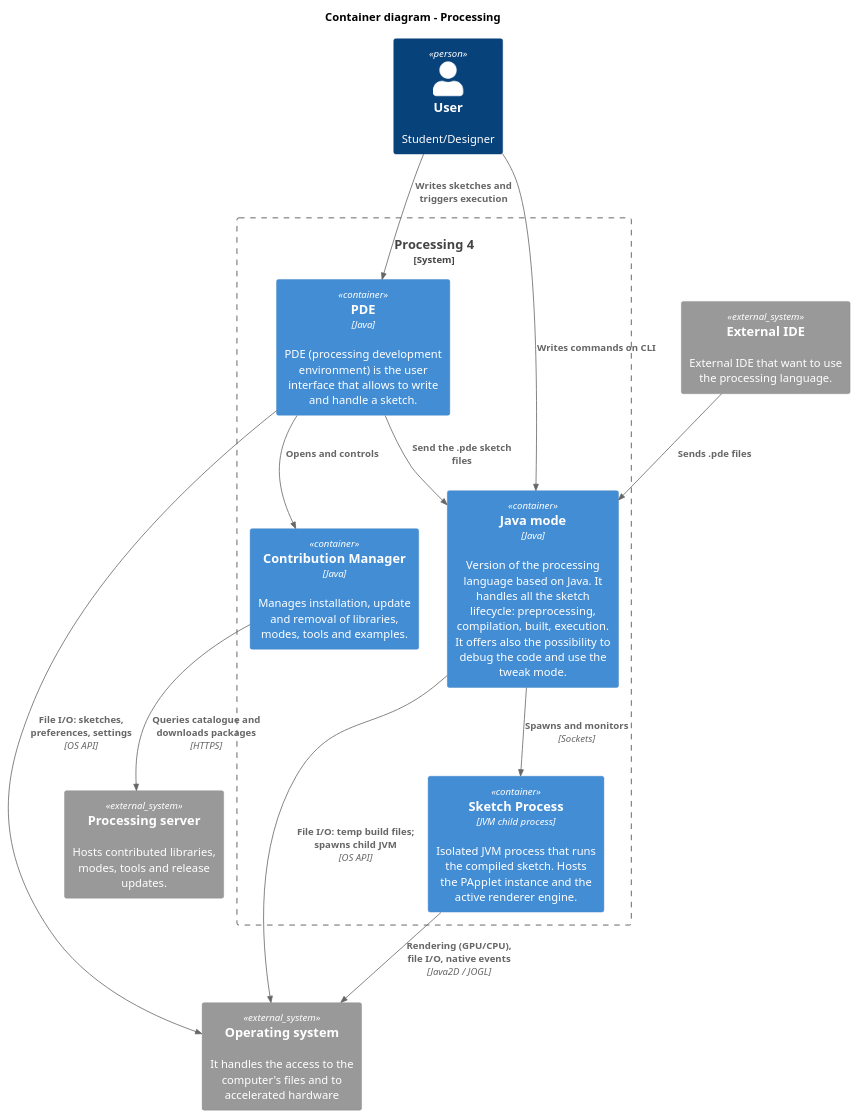
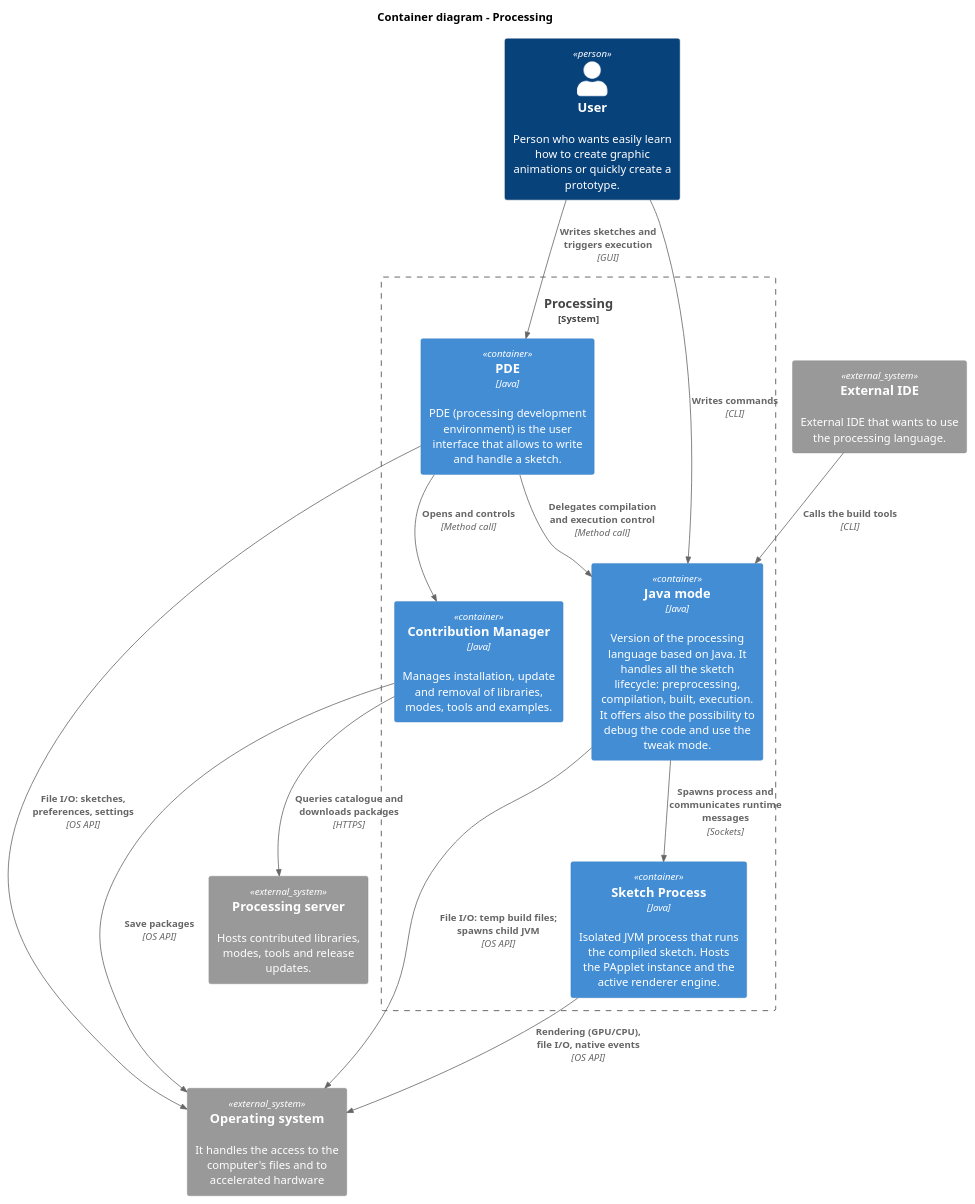
Before and after one commit to SDA2026-Group09/Project: the diagram in diagrams/container_diagram.puml, drawn with PlantUML. The commit also changed 4 other files, not shown here.

Commit message:
Remove inconsistency between diagrams

```diff
--- a/diagrams/container_diagram.puml
+++ b/diagrams/container_diagram.puml
@@ -1,45 +1,46 @@
 @startuml C4_container
 !include <C4/C4_Container>
 
 title Container diagram - Processing
 
-Person(user, "User", "Student/Designer")
+/' Persons '/
+Person(user, "User", "Person who wants easily learn how to create graphic animations or quickly create a prototype.")
 
-System_Boundary(processing4, "Processing 4"){
+/' Containers '/
+System_Boundary(processing4, "Processing"){
     Container(pde, "PDE", "Java", "PDE (processing development environment) is the user interface that allows to write and handle a sketch.")
     Container(java_mode, "Java mode", "Java", "Version of the processing language based on Java. It handles all the sketch lifecycle: preprocessing, compilation, built, execution. It offers also the possibility to debug the code and use the tweak mode.")
-    'Container(core, "Processing core", "Java", "Fundamental processing core that expose the PApplet base class and the drawing APIs invoked by the sketches.")
-    Container(sketch_process, "Sketch Process", "JVM child process", "Isolated JVM process that runs the compiled sketch. Hosts the PApplet instance and the active renderer engine.")
+    Container(sketch_process, "Sketch Process", "Java", "Isolated JVM process that runs the compiled sketch. Hosts the PApplet instance and the active renderer engine.")
     Container(contribution_manager, "Contribution Manager", "Java", "Manages installation, update and removal of libraries, modes, tools and examples.")
 }
 
-'System_Ext(embedded_hardware, "Embedded hardware", "Embedded hardware (like Raspberry and Arduino) that sends or receives data to process. It can display the sketches.")
+/' External systems '/ 
 System_Ext(os, "Operating system", "It handles the access to the computer's files and to accelerated hardware")
 System_Ext(processing_server, "Processing server", "Hosts contributed libraries, modes, tools and release updates.")
-System_Ext(external_ide, "External IDE", "External IDE that want to use the processing language.")
+System_Ext(external_ide, "External IDE", "External IDE that wants to use the processing language.")
 
 /' User relationships '/
-Rel(user, pde, "Writes sketches and triggers execution")
-Rel(user, java_mode, "Writes commands on CLI")
+Rel(user, pde, "Writes sketches and triggers execution", "GUI")
+Rel(user, java_mode, "Writes commands", "CLI")
 
 /' PDE relationship '/ 
-Rel(pde, java_mode, "Send the .pde sketch files")
+Rel(pde, java_mode, "Delegates compilation and execution control", "Method call")
 Rel(pde, os, "File I/O: sketches, preferences, settings", "OS API")
-Rel(pde, contribution_manager, "Opens and controls")
+Rel(pde, contribution_manager, "Opens and controls", "Method call")
 
 /' Contribution manager relationship'/
 Rel(contribution_manager, processing_server, "Queries catalogue and downloads packages", "HTTPS")
+Rel(contribution_manager, os, "Save packages", "OS API")
+
 
 /' Java mode relationship '/
-'Rel(java_mode, core, "Includes core in classpath for compilation")
-Rel(java_mode, sketch_process, "Spawns and monitors", "Sockets")
+Rel(java_mode, sketch_process, "Spawns process and communicates runtime messages", "Sockets")
 Rel(java_mode, os, "File I/O: temp build files; spawns child JVM", "OS API")
 
 /' Sketch process relationship '/
-'Rel(sketch_process, embedded_hardware, "Communicates", "Serial")
-Rel(sketch_process, os, "Rendering (GPU/CPU), file I/O, native events", "Java2D / JOGL")
+Rel(sketch_process, os, "Rendering (GPU/CPU), file I/O, native events", "OS API")
 
 /' External IDE '/
-Rel(external_ide, java_mode, "Sends .pde files")
+Rel(external_ide, java_mode, "Calls the build tools", "CLI")
 
 @enduml
```
